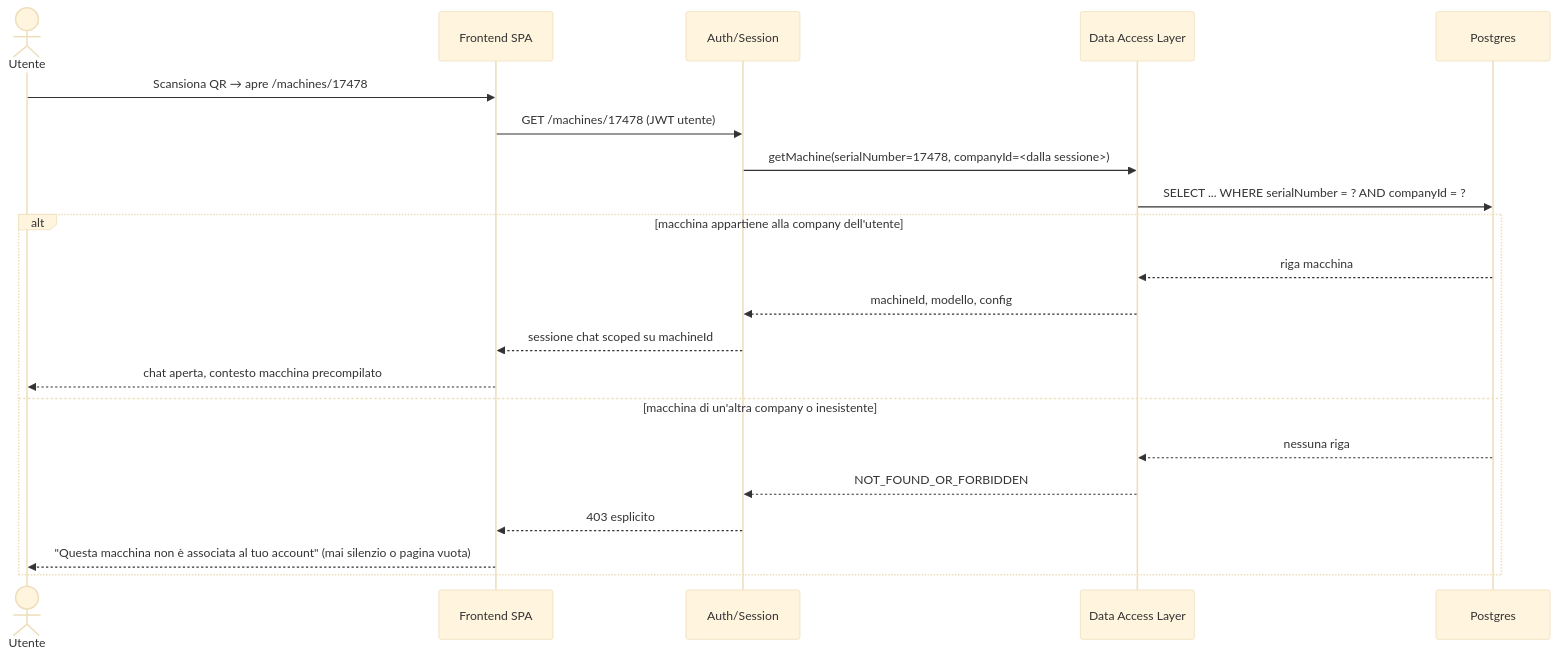
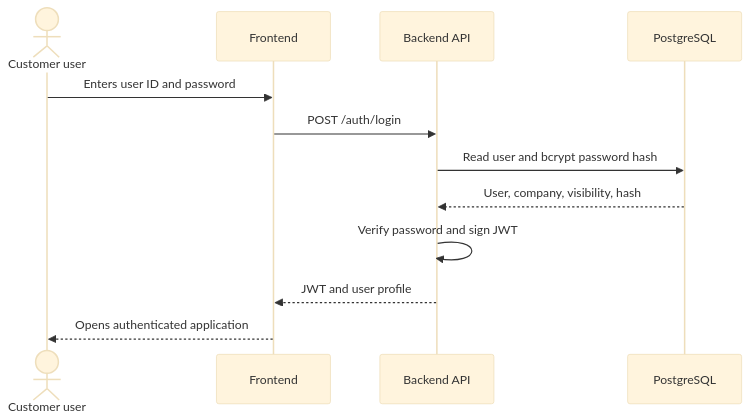
One commit to alicebucco/arol-project-q2 changed the first of 3 diagrams in docs/architecture/04-dynamic-flows.md. Above: the diagram before and after it, drawn with Mermaid (base theme). The commit also changed other lines of this file and 38 other files, not shown here.

````diff
--- a/docs/architecture/04-dynamic-flows.md
+++ b/docs/architecture/04-dynamic-flows.md
@@ -9,24 +8,15 @@
 ```mermaid
 sequenceDiagram
-    actor U as Utente
-    participant FE as Frontend SPA
-    participant Auth as Auth/Session
-    participant DAL as Data Access Layer
-    participant DB as Postgres
+    actor U as Customer user
+    participant FE as Frontend
+    participant API as Backend API
+    participant DB as PostgreSQL
 
-    U->>FE: Scansiona QR → apre /machines/17478
-    FE->>Auth: GET /machines/17478 (JWT utente)
-    Auth->>DAL: getMachine(serialNumber=17478, companyId=<dalla sessione>)
-    DAL->>DB: SELECT ... WHERE serialNumber = ? AND companyId = ?
-    alt macchina appartiene alla company dell'utente
-        DB-->>DAL: riga macchina
-        DAL-->>Auth: machineId, modello, config
-        Auth-->>FE: sessione chat scoped su machineId
-        FE-->>U: chat aperta, contesto macchina precompilato
-    else macchina di un'altra company o inesistente
-        DB-->>DAL: nessuna riga
-        DAL-->>Auth: NOT_FOUND_OR_FORBIDDEN
-        Auth-->>FE: 403 esplicito
-        FE-->>U: "Questa macchina non è associata al tuo account" (mai silenzio o pagina vuota)
-    end
+    U->>FE: Enters user ID and password
+    FE->>API: POST /auth/login
+    API->>DB: Read user and bcrypt password hash
+    DB-->>API: User, company, visibility, hash
+    API->>API: Verify password and sign JWT
+    API-->>FE: JWT and user profile
+    FE-->>U: Opens authenticated application
 ```
````
